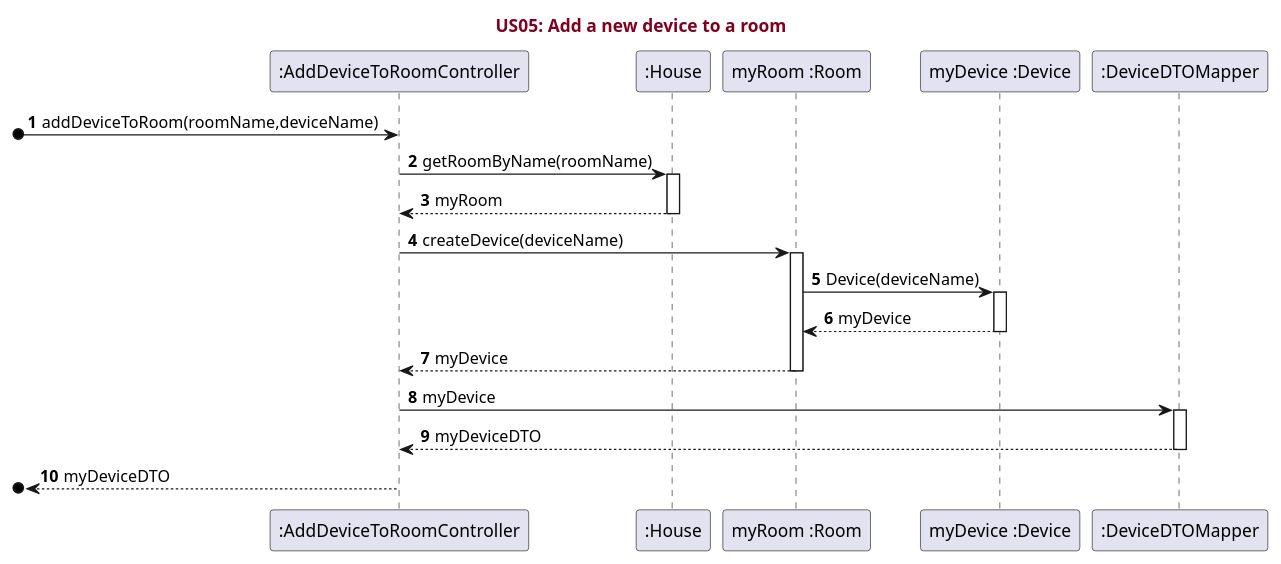
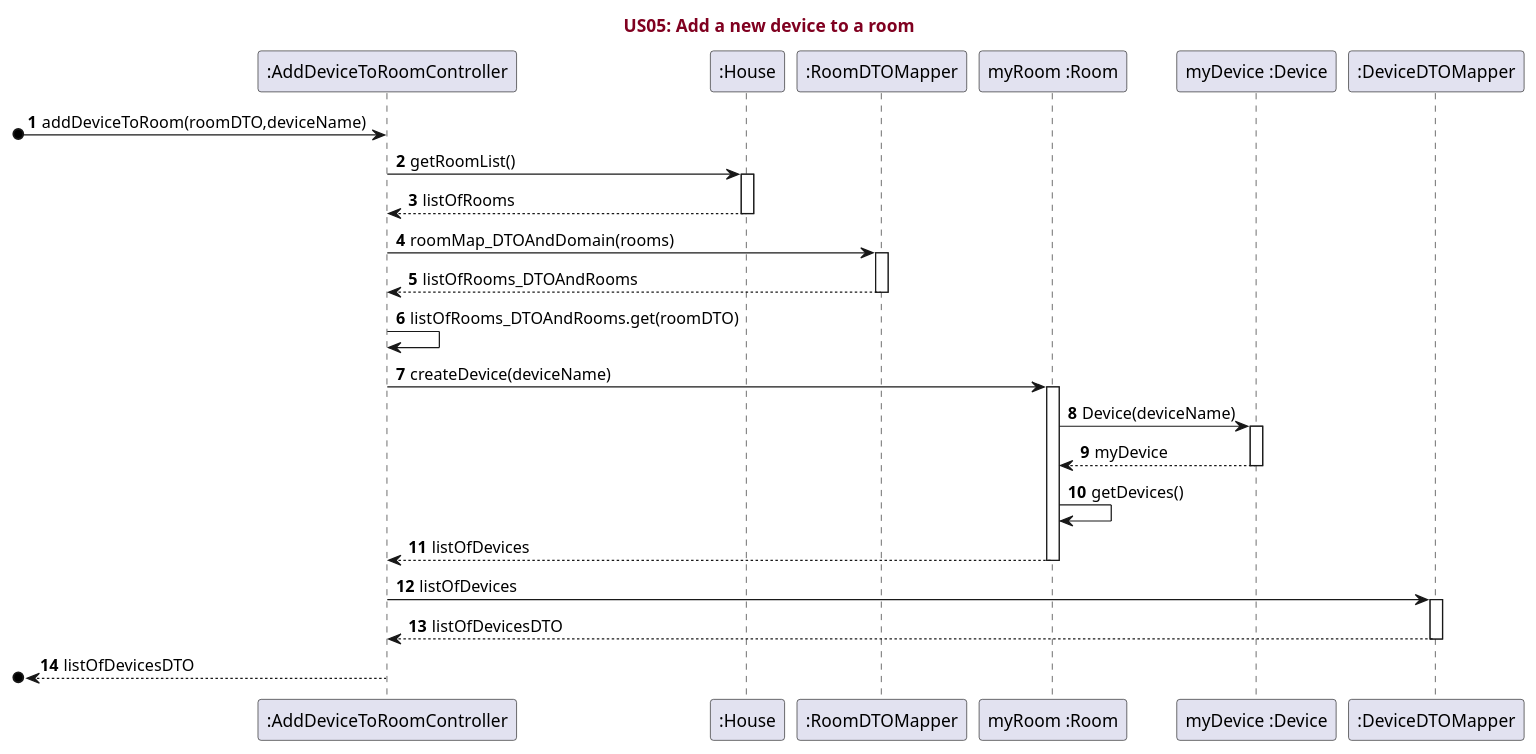
Before and after one commit to RicardoAraujoPT/SmartHome2: the diagram in src/main/java/pt/ipp/isep/dei/examples/basic/domain/SmartHome/UML/US05.puml, drawn with PlantUML. The commit also changed 1 other file, not shown here.

Commit message:
Updated US05 to receive roomDTO. updated tests in AddDeviceToRoomControllerTest

```diff
--- a/src/main/java/pt/ipp/isep/dei/examples/basic/domain/SmartHome/UML/US05.puml
+++ b/src/main/java/pt/ipp/isep/dei/examples/basic/domain/SmartHome/UML/US05.puml
@@ -1,38 +1,46 @@
 @startuml
 'https://plantuml.com/sequence-diagram
 
 title <font color=#800020>US05: Add a new device to a room</font>
 
 
 autonumber
 
 participant ":AddDeviceToRoomController"
 participant ":House"
+participant ":RoomDTOMapper"
 participant "myRoom :Room"
 participant "myDevice :Device"
 participant ":DeviceDTOMapper"
 
-[o-> ":AddDeviceToRoomController" : addDeviceToRoom(roomName,deviceName)
-":AddDeviceToRoomController" -> ":House" :getRoomByName(roomName)
+
+[o-> ":AddDeviceToRoomController" : addDeviceToRoom(roomDTO,deviceName)
+":AddDeviceToRoomController" -> ":House" : getRoomList()
 activate ":House"
-":AddDeviceToRoomController" <-- ":House" : myRoom
+":AddDeviceToRoomController" <-- ":House" : listOfRooms
 deactivate ":House"
+":AddDeviceToRoomController" -> ":RoomDTOMapper" : roomMap_DTOAndDomain(rooms)
+activate ":RoomDTOMapper"
+":AddDeviceToRoomController" <-- ":RoomDTOMapper" : listOfRooms_DTOAndRooms
+deactivate ":RoomDTOMapper"
+":AddDeviceToRoomController" -> ":AddDeviceToRoomController" : listOfRooms_DTOAndRooms.get(roomDTO)
 ":AddDeviceToRoomController" -> "myRoom :Room" : createDevice(deviceName)
 activate "myRoom :Room"
 "myRoom :Room" -> "myDevice :Device" : Device(deviceName)
 activate "myDevice :Device"
 "myDevice :Device" --> "myRoom :Room" : myDevice
 deactivate "myDevice :Device"
-":AddDeviceToRoomController" <-- "myRoom :Room" : myDevice
+"myRoom :Room" -> "myRoom :Room" : getDevices()
+":AddDeviceToRoomController" <-- "myRoom :Room" : listOfDevices
 deactivate "myRoom :Room"
-":AddDeviceToRoomController" -> ":DeviceDTOMapper" : myDevice
+":AddDeviceToRoomController" -> ":DeviceDTOMapper" : listOfDevices
 activate ":DeviceDTOMapper"
-":AddDeviceToRoomController" <-- ":DeviceDTOMapper" : myDeviceDTO
+":AddDeviceToRoomController" <-- ":DeviceDTOMapper" : listOfDevicesDTO
 deactivate ":DeviceDTOMapper"
-[o<-- ":AddDeviceToRoomController" : myDeviceDTO
+[o<-- ":AddDeviceToRoomController" : listOfDevicesDTO
 deactivate ":AddDeviceToRoomController"
 
 
 
 
 @enduml
```
